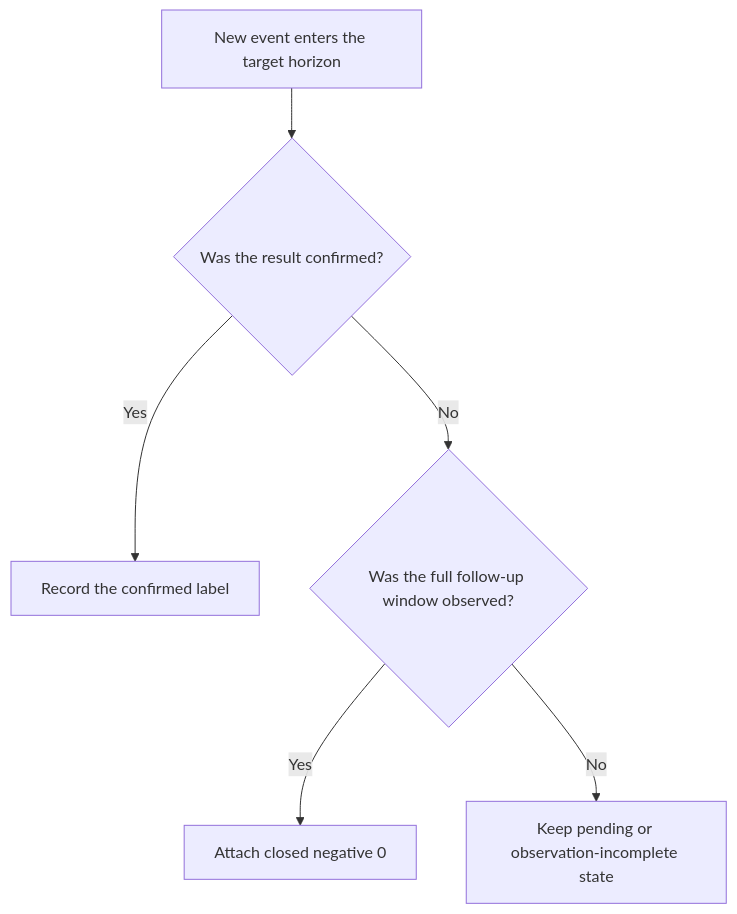
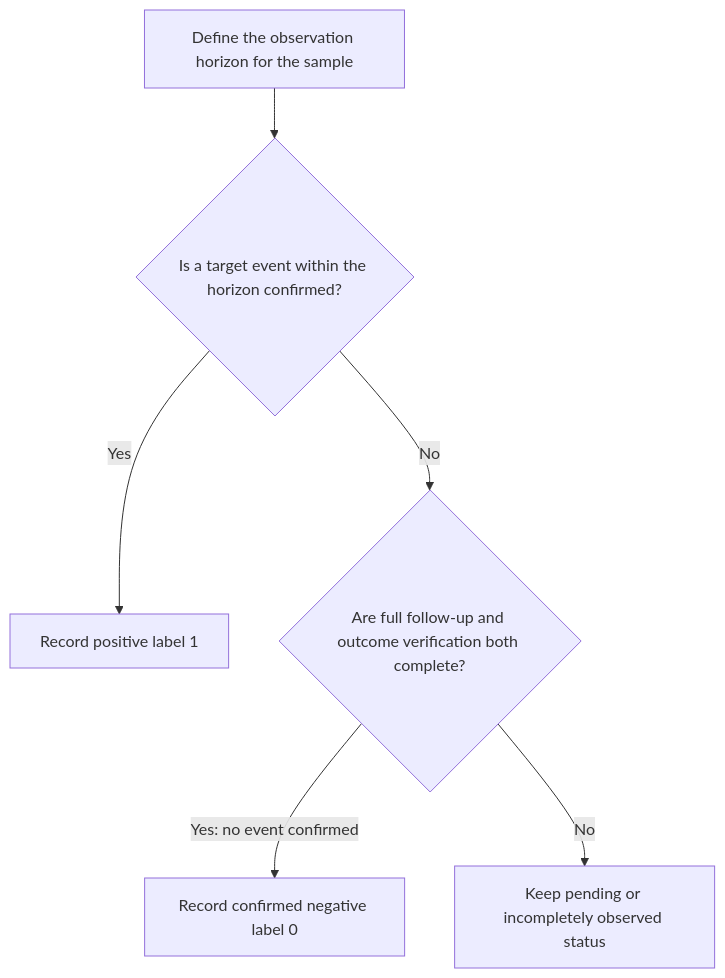
One commit to devchan64/AiBook changed the diagram in docs/assets/part-03/chapter-09/p3-9-10-mermaid-01-en.mmd. Above: the diagram before and after it, drawn with Mermaid. The commit also changed 216 other files, not shown here.

Commit message:
Review Part 3 explanations and improve diagram readability

```diff
--- a/docs/assets/part-03/chapter-09/p3-9-10-mermaid-01-en.mmd
+++ b/docs/assets/part-03/chapter-09/p3-9-10-mermaid-01-en.mmd
@@ -1,6 +1,6 @@
 flowchart TD
-    A[New event enters the target horizon] --> B{Was the result confirmed?}
-    B -- Yes --> C[Record the confirmed label]
-    B -- No --> D{Was the full follow-up window observed?}
-    D -- Yes --> E[Attach closed negative 0]
-    D -- No --> F[Keep pending or observation-incomplete state]
+    A[Define the observation horizon for the sample] --> B{Is a target event within the horizon confirmed?}
+    B -->|Yes| C[Record positive label 1]
+    B -->|No| D{Are full follow-up and outcome verification both complete?}
+    D -->|Yes: no event confirmed| E[Record confirmed negative label 0]
+    D -->|No| F[Keep pending or incompletely observed status]
```
